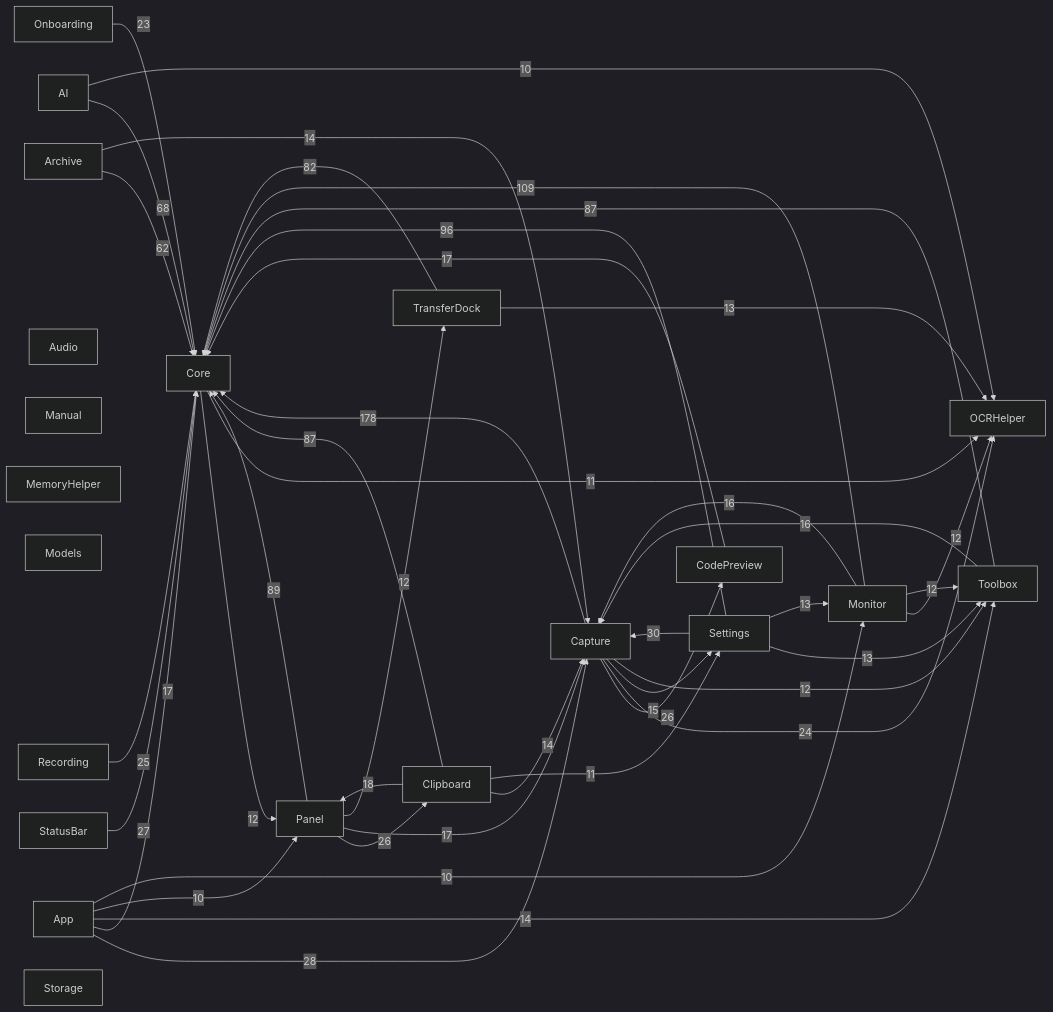
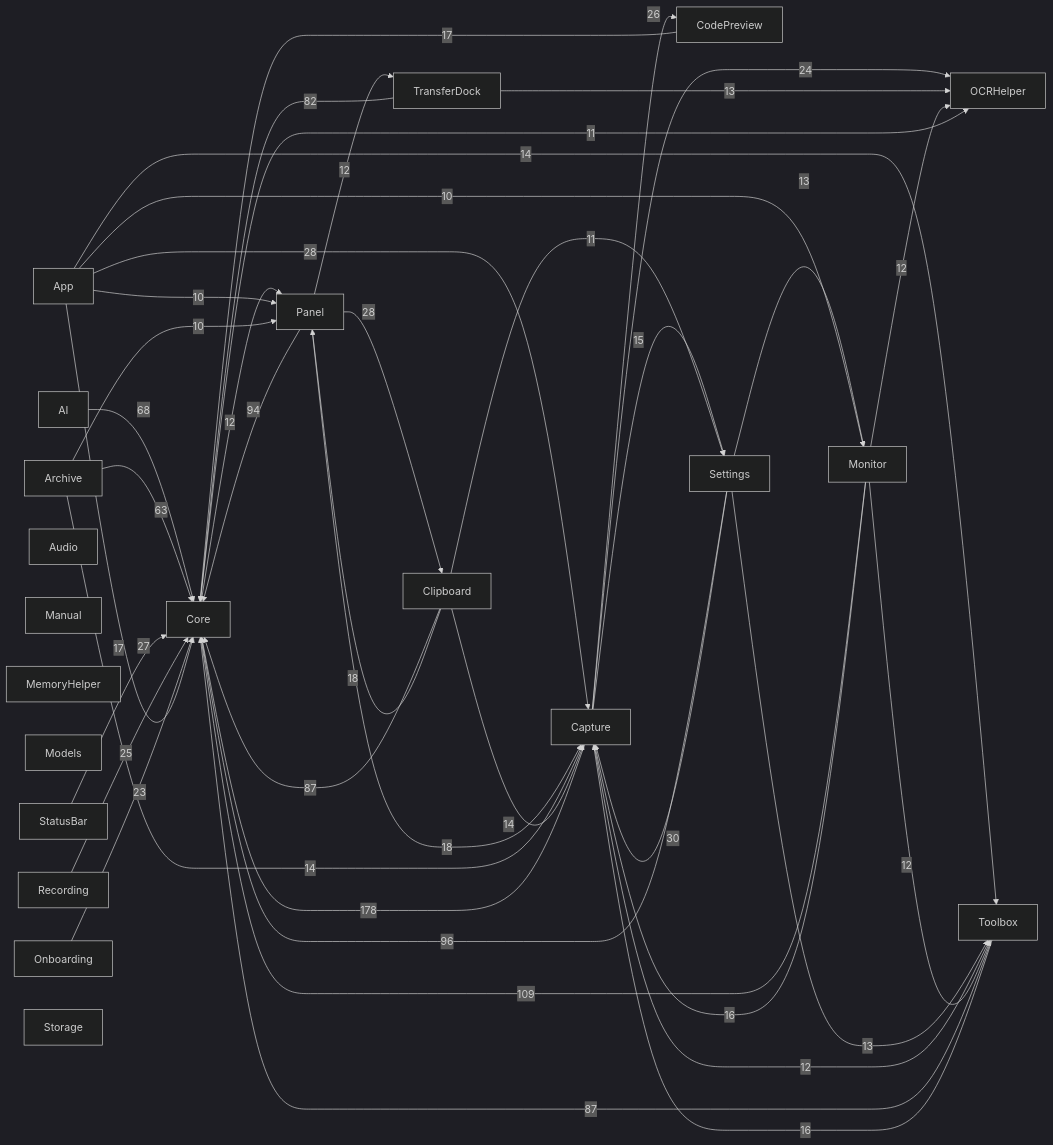
The diagram in docs/00-总览/模块依赖图.md (sxyq/Kitnest), drawn with Mermaid (dark theme) before and after one commit. The commit also changed other lines of this file and 4 other files, not shown here.

````diff
--- a/docs/00-总览/模块依赖图.md
+++ b/docs/00-总览/模块依赖图.md
@@ -35,64 +35,64 @@
 ```mermaid
 flowchart LR
   M0["AI"]
   M1["App"]
   M2["Archive"]
   M3["Audio"]
   M4["Capture"]
   M5["Clipboard"]
   M6["CodePreview"]
   M7["Core"]
   M8["Manual"]
   M9["MemoryHelper"]
   M10["Models"]
   M11["Monitor"]
   M12["OCRHelper"]
   M13["Onboarding"]
   M14["Panel"]
   M15["Recording"]
   M16["Settings"]
   M17["StatusBar"]
   M18["Storage"]
   M19["Toolbox"]
   M20["TransferDock"]
   M4 -->|178| M7
   M11 -->|109| M7
   M16 -->|96| M7
-  M14 -->|89| M7
+  M14 -->|94| M7
   M19 -->|87| M7
   M5 -->|87| M7
   M20 -->|82| M7
   M0 -->|68| M7
-  M2 -->|62| M7
+  M2 -->|63| M7
   M16 -->|30| M4
   M1 -->|28| M4
+  M14 -->|28| M5
   M17 -->|27| M7
   M4 -->|26| M6
-  M14 -->|26| M5
   M15 -->|25| M7
   M4 -->|24| M12
   M13 -->|23| M7
+  M14 -->|18| M4
   M5 -->|18| M14
   M1 -->|17| M7
-  M14 -->|17| M4
   M6 -->|17| M7
   M11 -->|16| M4
   M19 -->|16| M4
   M4 -->|15| M16
   M1 -->|14| M19
   M2 -->|14| M4
   M5 -->|14| M4
   M16 -->|13| M19
   M16 -->|13| M11
   M20 -->|13| M12
   M7 -->|12| M14
   M4 -->|12| M19
+  M11 -->|12| M19
   M11 -->|12| M12
-  M11 -->|12| M19
   M14 -->|12| M20
   M7 -->|11| M12
   M5 -->|11| M16
   M1 -->|10| M14
   M1 -->|10| M11
-  M0 -->|10| M12
+  M2 -->|10| M14
 ```
````
